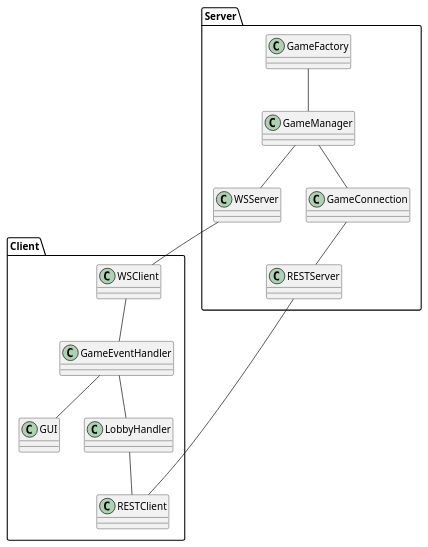
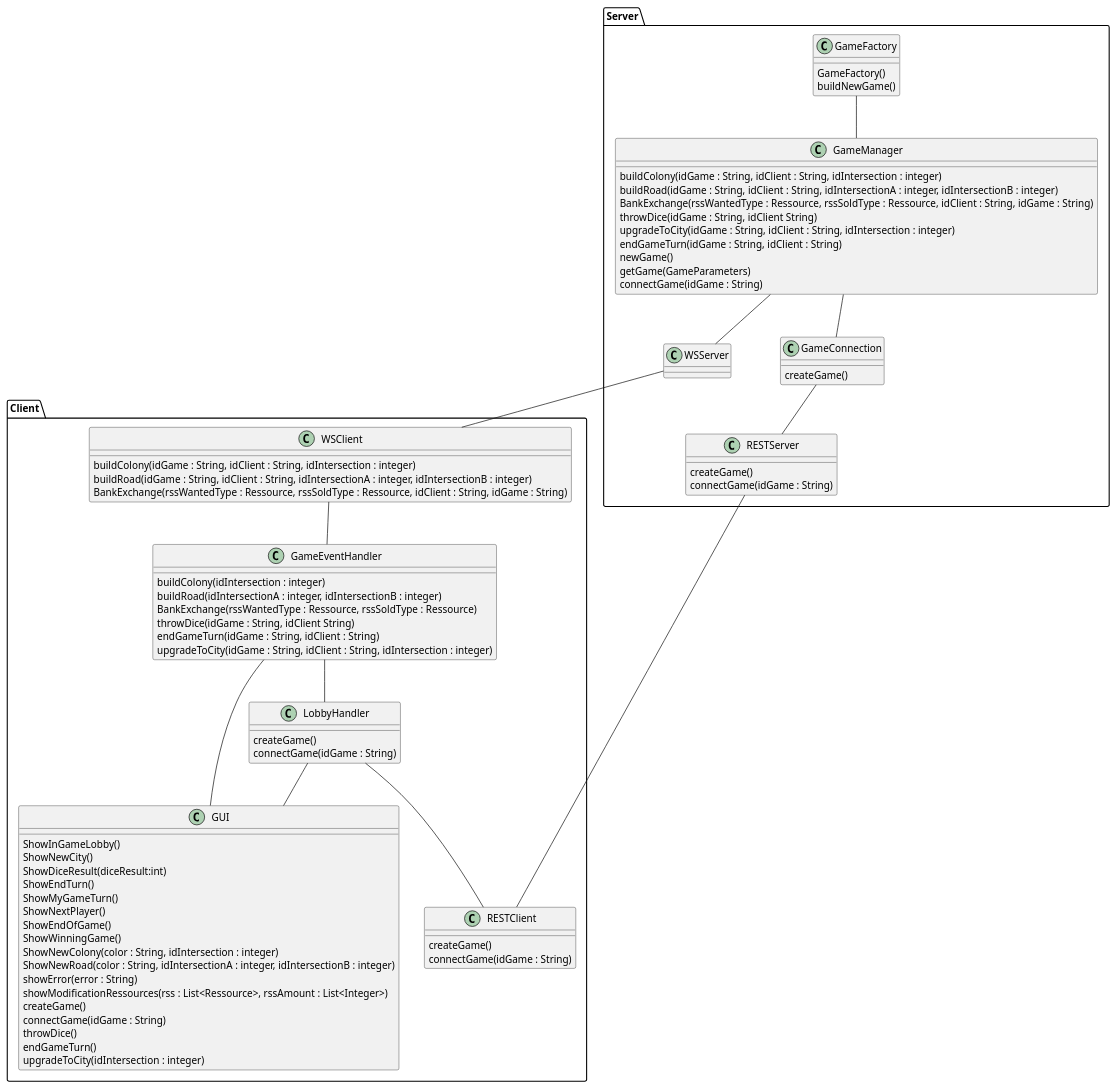
The diagram in catan-doc/modules/conception/examples/interfaces_composants.plantuml (Lapin-Obez/colon_de_catane), drawn with PlantUML before and after one commit.

Commit message:
ajout des interfaces des composants

```diff
--- a/catan-doc/modules/conception/examples/interfaces_composants.plantuml
+++ b/catan-doc/modules/conception/examples/interfaces_composants.plantuml
@@ -1,50 +1,88 @@
 @startuml
 package Server{
 class GameFactory {
-
-}
-class GameManager {
-
+GameFactory()
+buildNewGame()
 }
 class WSServer {
 
 }
+class GameManager {
+buildColony(idGame : String, idClient : String, idIntersection : integer)
+buildRoad(idGame : String, idClient : String, idIntersectionA : integer, idIntersectionB : integer)
+BankExchange(rssWantedType : Ressource, rssSoldType : Ressource, idClient : String, idGame : String)
+throwDice(idGame : String, idClient String)
+upgradeToCity(idGame : String, idClient : String, idIntersection : integer)
+endGameTurn(idGame : String, idClient : String)
+newGame()
+getGame(GameParameters)
+connectGame(idGame : String)
+}
+
 class GameConnection {
-
+createGame()
 }
 class RESTServer {
-
+createGame()
+connectGame(idGame : String)
 }
 }
 package Client{
 class RESTClient {
-
+createGame()
+connectGame(idGame : String)
 }
 class WSClient {
-
+buildColony(idGame : String, idClient : String, idIntersection : integer)
+buildRoad(idGame : String, idClient : String, idIntersectionA : integer, idIntersectionB : integer)
+  
+BankExchange(rssWantedType : Ressource, rssSoldType : Ressource, idClient : String, idGame : String)
 }
 class GameEventHandler {
-
+buildColony(idIntersection : integer)
+buildRoad(idIntersectionA : integer, idIntersectionB : integer)  
+BankExchange(rssWantedType : Ressource, rssSoldType : Ressource)
+throwDice(idGame : String, idClient String)
+endGameTurn(idGame : String, idClient : String)
+upgradeToCity(idGame : String, idClient : String, idIntersection : integer)
 }
 class GUI {
-
+ShowInGameLobby()
+ShowNewCity()
+ShowDiceResult(diceResult:int)
+ShowEndTurn()
+ShowMyGameTurn()
+ShowNextPlayer()
+ShowEndOfGame()
+ShowWinningGame()
+ShowNewColony(color : String, idIntersection : integer)
+ShowNewRoad(color : String, idIntersectionA : integer, idIntersectionB : integer)
+showError(error : String)
+showModificationRessources(rss : List<Ressource>, rssAmount : List<Integer>)
+createGame()
+connectGame(idGame : String)
+throwDice()
+endGameTurn()
+upgradeToCity(idIntersection : integer)
 }
 class LobbyHandler {
-
+createGame()
+connectGame(idGame : String)
 }
 }
 
 GameFactory -- GameManager
 GameManager -- WSServer
 GameManager -- GameConnection
 GameConnection -- RESTServer
 RESTClient -- RESTServer
 WSServer -- WSClient
 WSClient -- GameEventHandler
 GameEventHandler -- GUI
 GameEventHandler -- LobbyHandler
 LobbyHandler -- RESTClient
+LobbyHandler -- GUI
 
 
 
 @enduml
```
